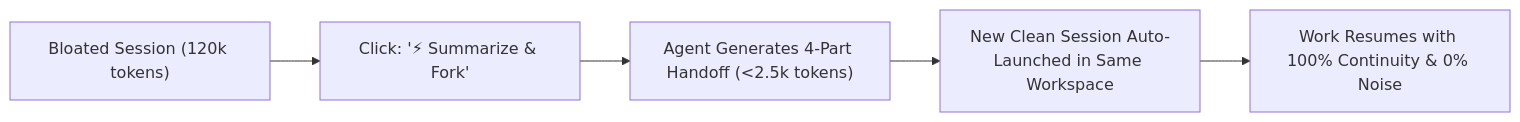
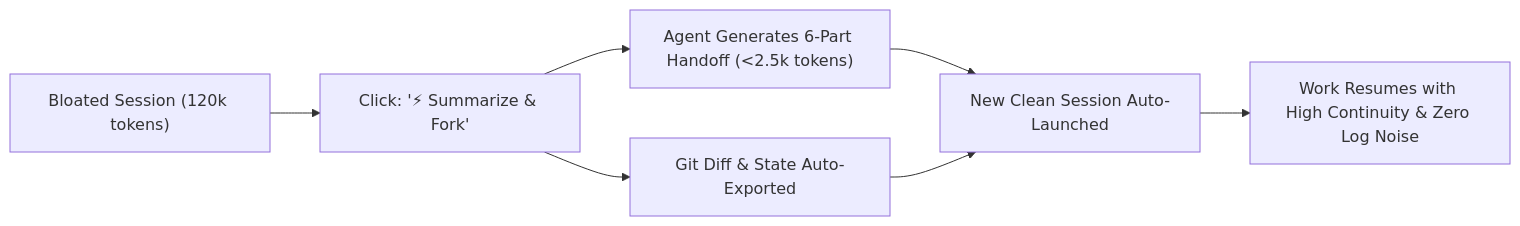
Before and after one commit to mrblackman/ContextFork: the first of 2 diagrams in README.md, drawn with Mermaid. The commit also changed other lines of this file and 2 other files, not shown here.

Commit message:
feat(v1.1): upgrade to 6-part handoff schema, verifiable handoff package, and context shaping

````diff
--- a/README.md
+++ b/README.md
@@ -80,7 +101,8 @@
 ```mermaid
 flowchart LR
     A["Bloated Session (120k tokens)"] --> B["Click: '⚡ Summarize & Fork'"]
-    B --> C["Agent Generates 4-Part Handoff (<2.5k tokens)"]
-    C --> D["New Clean Session Auto-Launched in Same Workspace"]
-    D --> E["Work Resumes with 100% Continuity & 0% Noise"]
+    B --> C["Agent Generates 6-Part Handoff (<2.5k tokens)"]
+    B --> D["Git Diff & State Auto-Exported"]
+    C & D --> E["New Clean Session Auto-Launched"]
+    E --> F["Work Resumes with High Continuity & Zero Log Noise"]
 ```
````
